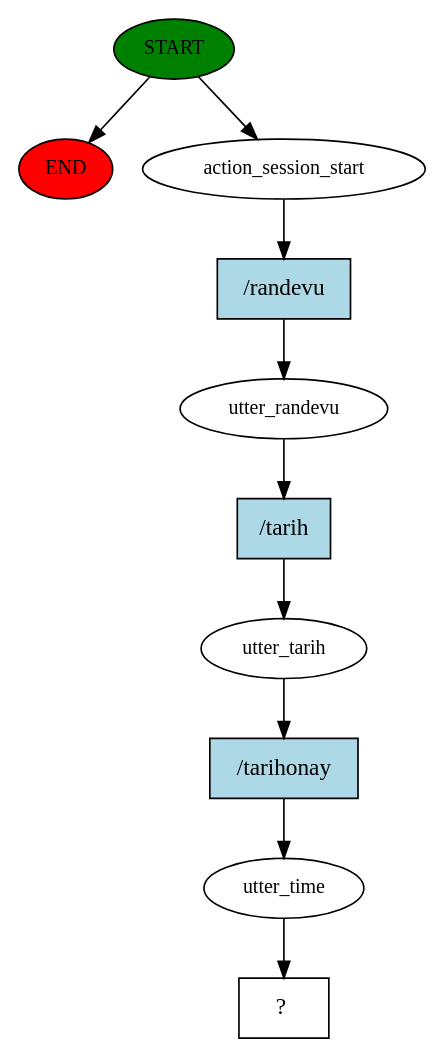
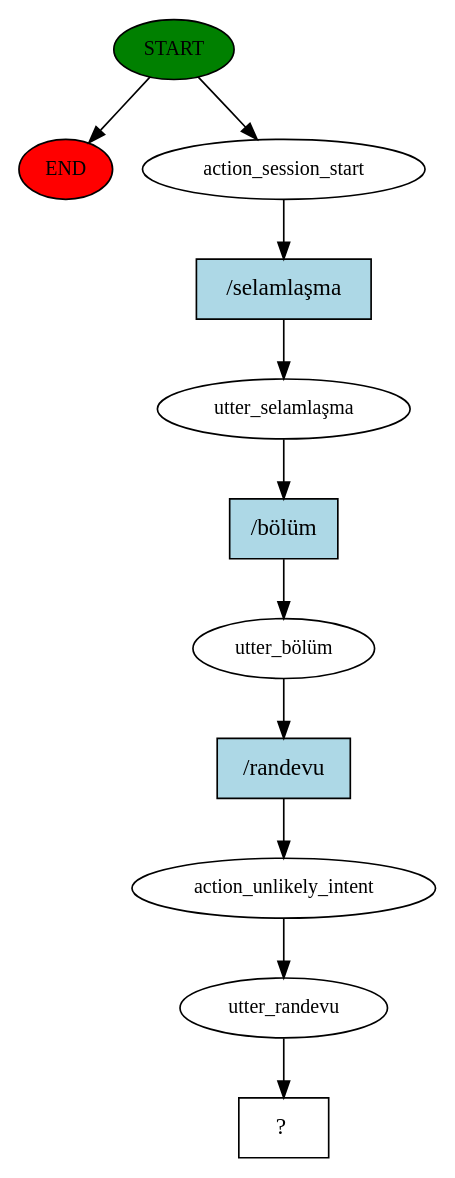
One commit to arslansevval/rasa_booking changed the diagram in Proje/story_graph.dot. Above: the diagram before and after it, drawn with Graphviz. The commit also changed 309 other files, not shown here.

```diff
--- a/Proje/story_graph.dot
+++ b/Proje/story_graph.dot
@@ -1,21 +1,23 @@
 digraph  {
 0 [class="start active", fillcolor=green, fontsize=12, label=START, style=filled];
 "-1" [class=end, fillcolor=red, fontsize=12, label=END, style=filled];
 1 [class=active, fontsize=12, label=action_session_start];
-2 [class=active, fontsize=12, label=utter_randevu];
-3 [class=active, fontsize=12, label=utter_tarih];
-4 [class=active, fontsize=12, label=utter_time];
-5 [class="intent dashed active", label="  ?  ", shape=rect];
-6 [class="intent active", fillcolor=lightblue, label="/randevu", shape=rect, style=filled];
-7 [class="intent active", fillcolor=lightblue, label="/tarih", shape=rect, style=filled];
-8 [class="intent active", fillcolor=lightblue, label="/tarihonay", shape=rect, style=filled];
+2 [class=active, fontsize=12, label="utter_selamlaşma"];
+3 [class=active, fontsize=12, label="utter_bölüm"];
+4 [class=active, fontsize=12, label=action_unlikely_intent];
+5 [class=active, fontsize=12, label=utter_randevu];
+6 [class="intent dashed active", label="  ?  ", shape=rect];
+7 [class="intent active", fillcolor=lightblue, label="/selamlaşma", shape=rect, style=filled];
+8 [class="intent active", fillcolor=lightblue, label="/bölüm", shape=rect, style=filled];
+9 [class="intent active", fillcolor=lightblue, label="/randevu", shape=rect, style=filled];
 0 -> "-1"  [class="", key=NONE, label=""];
 0 -> 1  [class=active, key=NONE, label=""];
-1 -> 6  [class=active, key=0];
-2 -> 7  [class=active, key=0];
-3 -> 8  [class=active, key=0];
+1 -> 7  [class=active, key=0];
+2 -> 8  [class=active, key=0];
+3 -> 9  [class=active, key=0];
 4 -> 5  [class=active, key=NONE, label=""];
-6 -> 2  [class=active, key=0];
-7 -> 3  [class=active, key=0];
-8 -> 4  [class=active, key=0];
+5 -> 6  [class=active, key=NONE, label=""];
+7 -> 2  [class=active, key=0];
+8 -> 3  [class=active, key=0];
+9 -> 4  [class=active, key=0];
 }
```
